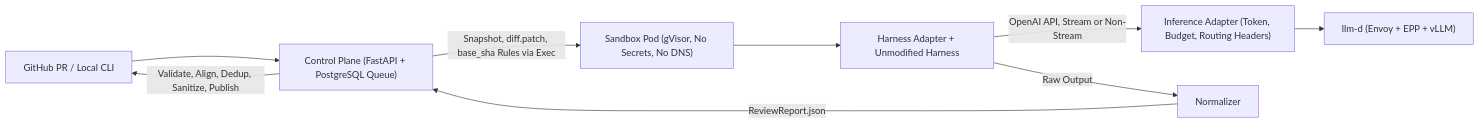
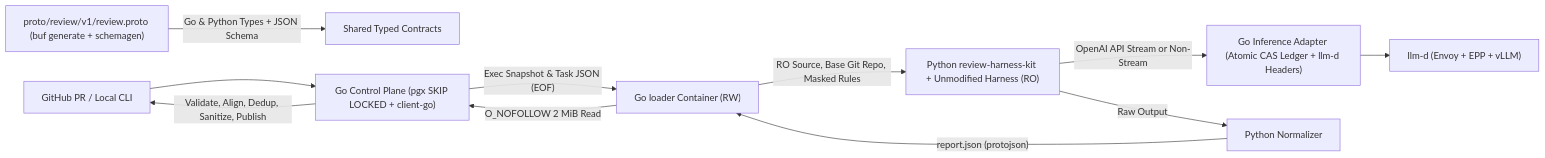
Before and after one commit to zetxqx/review-agent-infra: the diagram in README.md, drawn with Mermaid. The commit also changed other lines of this file and 12 other files, not shown here.

Commit message:
Define Protobuf single-source-of-truth contracts with Go control-plane infrastructure and Python off-the-shelf harness adapters.

````diff
--- a/README.md
+++ b/README.md
@@ -9,11 +9,13 @@
 ```mermaid
 flowchart LR
-    GH["GitHub PR / Local CLI"] --> CP["Control Plane (FastAPI + PostgreSQL Queue)"]
-    CP -->|"Snapshot, diff.patch, base_sha Rules via Exec"| SB["Sandbox Pod (gVisor, No Secrets, No DNS)"]
-    SB --> HA["Harness Adapter + Unmodified Harness"]
-    HA -->|"OpenAI API, Stream or Non-Stream"| IA["Inference Adapter (Token, Budget, Routing Headers)"]
-    IA --> LLMD["llm-d (Envoy + EPP + vLLM)"]
-    HA -->|"Raw Output"| NZ["Normalizer"]
-    NZ -->|"ReviewReport.json"| CP
-    CP -->|"Validate, Align, Dedup, Sanitize, Publish"| GH
+    Proto["proto/review/v1/review.proto (buf generate + schemagen)"] -->|"Go & Python Types + JSON Schema"| Contracts["Shared Typed Contracts"]
+    GH["GitHub PR / Local CLI"] --> Ctrl["Go Control Plane (pgx SKIP LOCKED + client-go)"]
+    Ctrl -->|"Exec Snapshot & Task JSON (EOF)"| Loader["Go loader Container (RW)"]
+    Loader -->|"RO Source, Base Git Repo, Masked Rules"| Harness["Python review-harness-kit + Unmodified Harness (RO)"]
+    Harness -->|"OpenAI API Stream or Non-Stream"| Adapter["Go Inference Adapter (Atomic CAS Ledger + llm-d Headers)"]
+    Adapter --> LLMD["llm-d (Envoy + EPP + vLLM)"]
+    Harness -->|"Raw Output"| Norm["Python Normalizer"]
+    Norm -->|"report.json (protojson)"| Loader
+    Loader -->|"O_NOFOLLOW 2 MiB Read"| Ctrl
+    Ctrl -->|"Validate, Align, Dedup, Sanitize, Publish"| GH
 ```
````
